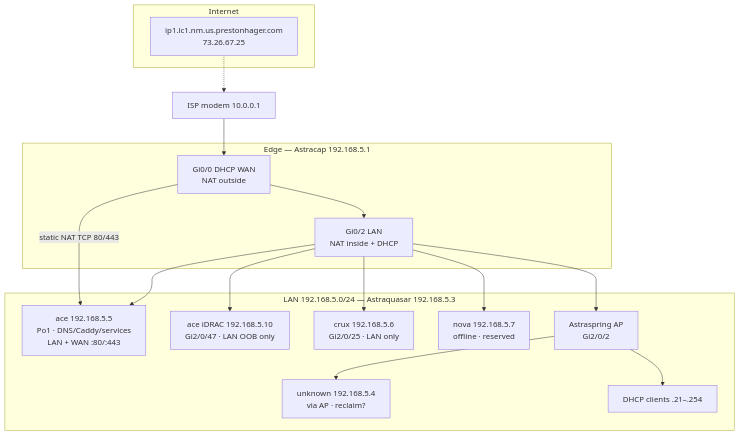
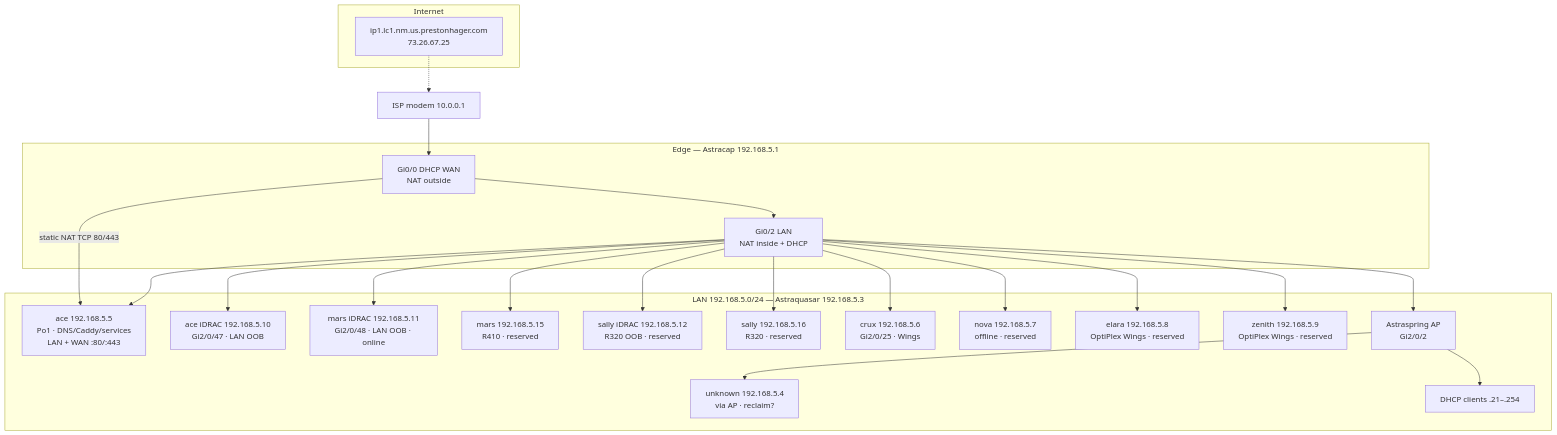
The first of 3 diagrams in docs/network-topology.md (PrestonHager/nixos-configs), drawn with Mermaid before and after one commit. The commit also changed other lines of this file and 18 other files, not shown here.

First line of the commit message:
Document mars, sally, elara, and zenith on the LAN map.

````diff
--- a/docs/network-topology.md
+++ b/docs/network-topology.md
@@ -54,35 +66,47 @@
 ```mermaid
 flowchart TB
   subgraph WAN["Internet"]
     Pub["ip1.lc1.nm.us.prestonhager.com<br/>73.26.67.25"]
   end
 
   subgraph Edge["Edge — Astracap 192.168.5.1"]
     Gi0["Gi0/0 DHCP WAN<br/>NAT outside"]
     Gi2["Gi0/2 LAN<br/>NAT inside + DHCP"]
   end
 
   subgraph LAN["LAN 192.168.5.0/24 — Astraquasar 192.168.5.3"]
     Ace["ace 192.168.5.5<br/>Po1 · DNS/Caddy/services<br/>LAN + WAN :80/:443"]
-    iDRAC["ace iDRAC 192.168.5.10<br/>Gi2/0/47 · LAN OOB only"]
-    Crux["crux 192.168.5.6<br/>Gi2/0/25 · LAN only"]
+    AceId["ace iDRAC 192.168.5.10<br/>Gi2/0/47 · LAN OOB"]
+    MarsId["mars iDRAC 192.168.5.11<br/>Gi2/0/48 · LAN OOB · online"]
+    Mars["mars 192.168.5.15<br/>R410 · reserved"]
+    SallyId["sally iDRAC 192.168.5.12<br/>R320 OOB · reserved"]
+    Sally["sally 192.168.5.16<br/>R320 · reserved"]
+    Crux["crux 192.168.5.6<br/>Gi2/0/25 · Wings"]
     Nova["nova 192.168.5.7<br/>offline · reserved"]
+    Elara["elara 192.168.5.8<br/>OptiPlex Wings · reserved"]
+    Zenith["zenith 192.168.5.9<br/>OptiPlex Wings · reserved"]
     AP["Astraspring AP<br/>Gi2/0/2"]
     Unk["unknown 192.168.5.4<br/>via AP · reclaim?"]
     WS["DHCP clients .21–.254"]
   end
 
   Modem["ISP modem 10.0.0.1"]
 
   Pub -.-> Modem
   Modem --> Gi0
   Gi0 --> Gi2
   Gi2 --> Ace
-  Gi2 --> iDRAC
+  Gi2 --> AceId
+  Gi2 --> MarsId
+  Gi2 --> Mars
+  Gi2 --> SallyId
+  Gi2 --> Sally
   Gi2 --> Crux
   Gi2 --> Nova
+  Gi2 --> Elara
+  Gi2 --> Zenith
   Gi2 --> AP
   AP --> Unk
   AP --> WS
   Gi0 -->|"static NAT TCP 80/443"| Ace
 ```
````
